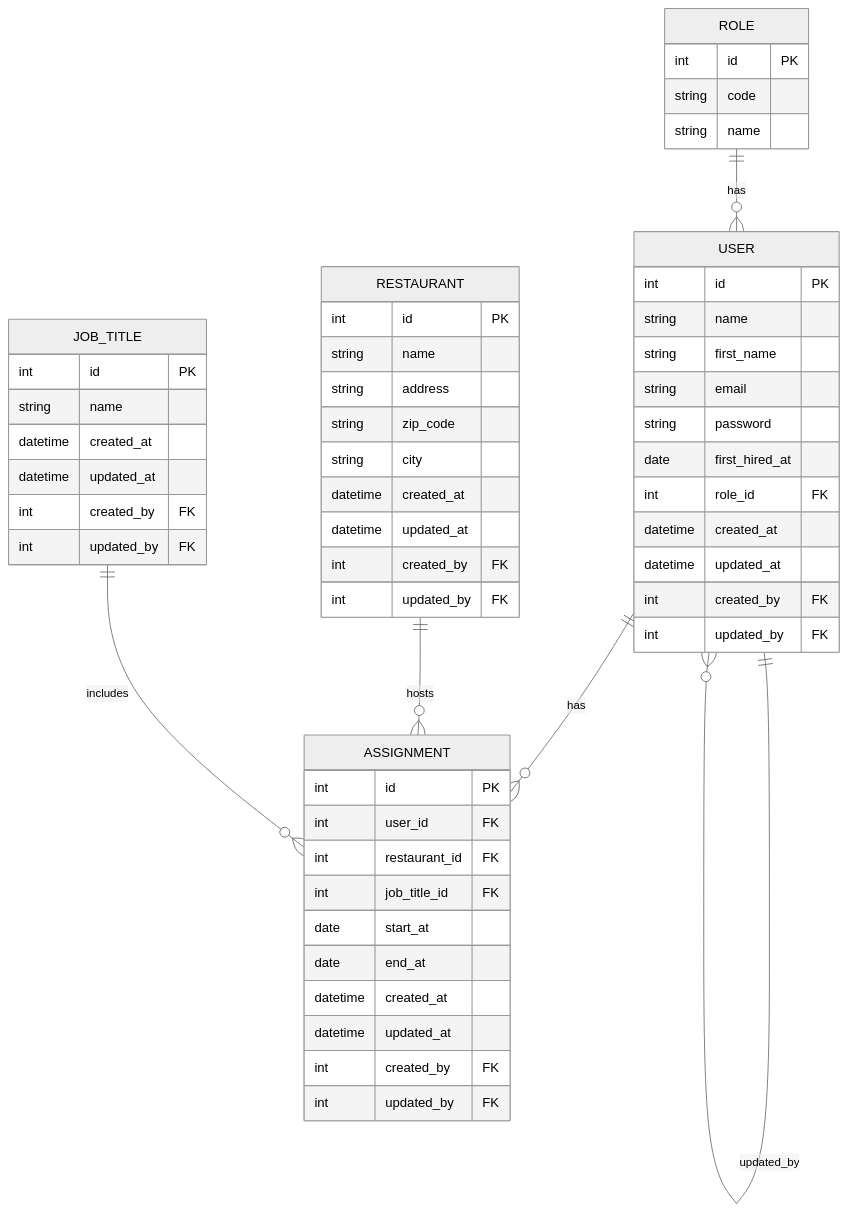
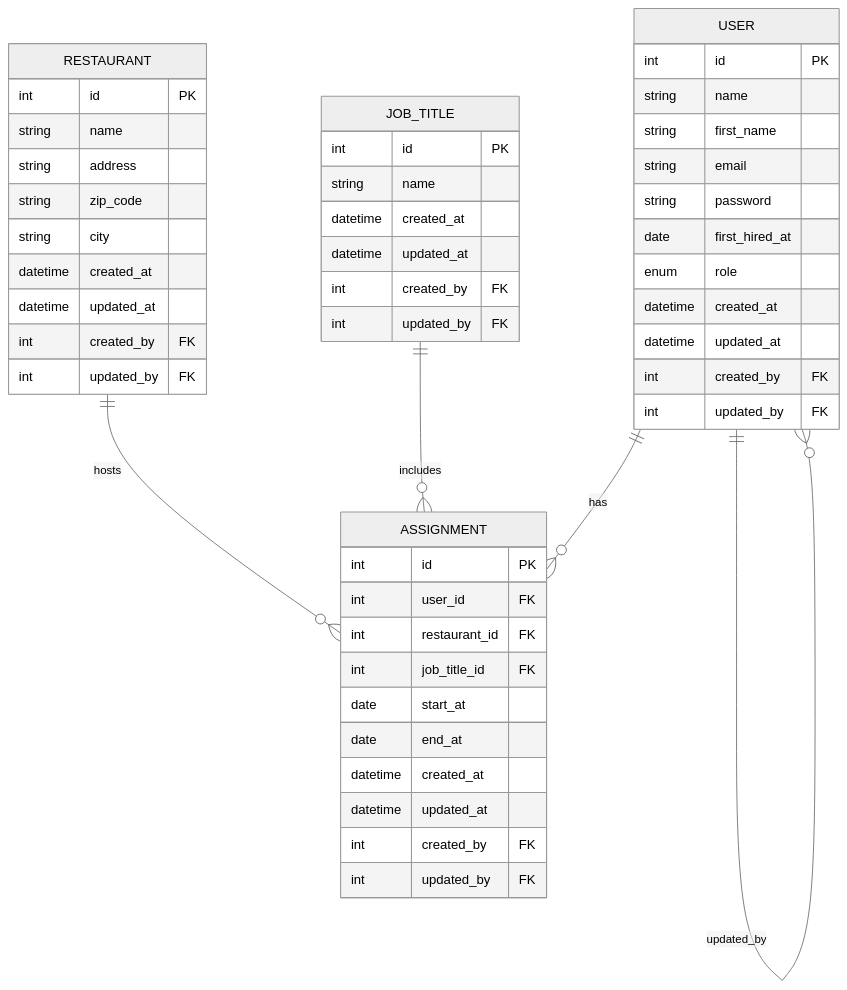
Before and after one commit to fhelenne/wacdo: the third of 3 diagrams in doc/1_Spécifications.md, drawn with Mermaid (neutral theme). The commit also changed other lines of this file and 22 other files, not shown here.

````diff
--- a/doc/1_Spécifications.md
+++ b/doc/1_Spécifications.md
@@ -170,69 +159,62 @@
 ```mermaid
 
 erDiagram
 
   USER {
     int id PK
     string name
     string first_name
     string email
     string password
     date first_hired_at
-    int role_id FK
+    enum role
     datetime created_at
     datetime updated_at
     int created_by FK
     int updated_by FK
-  }
-
-  ROLE {
-    int id PK
-    string code
-    string name
   }
 
   RESTAURANT {
     int id PK
     string name
     string address
     string zip_code
     string city
     datetime created_at
     datetime updated_at
     int created_by FK
     int updated_by FK
   }
 
   JOB_TITLE {
     int id PK
     string name
     datetime created_at
     datetime updated_at
     int created_by FK
     int updated_by FK
   }
 
   ASSIGNMENT {
     int id PK
     int user_id FK
     int restaurant_id FK
     int job_title_id FK
     date start_at
     date end_at
     datetime created_at
     datetime updated_at
     int created_by FK
     int updated_by FK
   }
 
   %% Relations
-  ROLE ||--o{ USER : has
   USER ||--o{ ASSIGNMENT : has
   RESTAURANT ||--o{ ASSIGNMENT : hosts
   JOB_TITLE ||--o{ ASSIGNMENT : includes
 
   USER ||--o{ USER : created_by
   USER ||--o{ USER : updated_by
 
 
 ```
````
